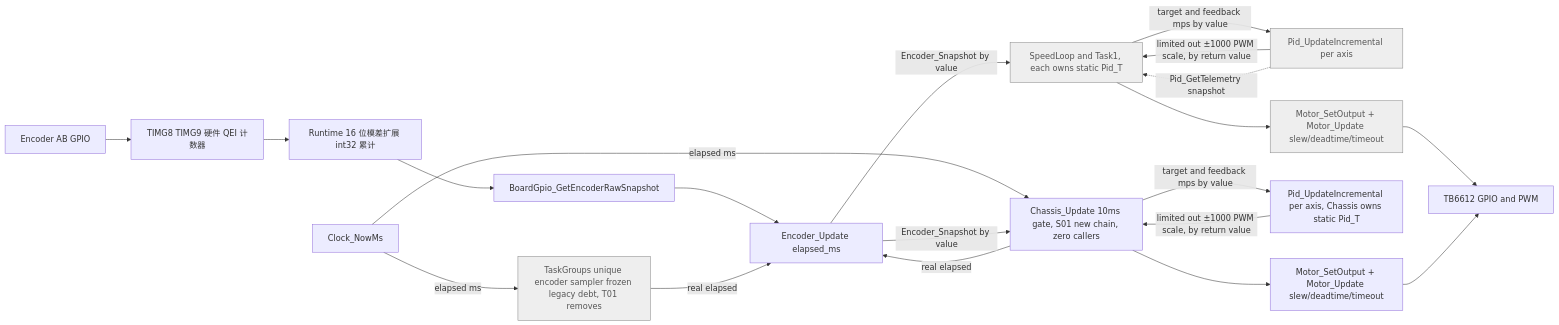
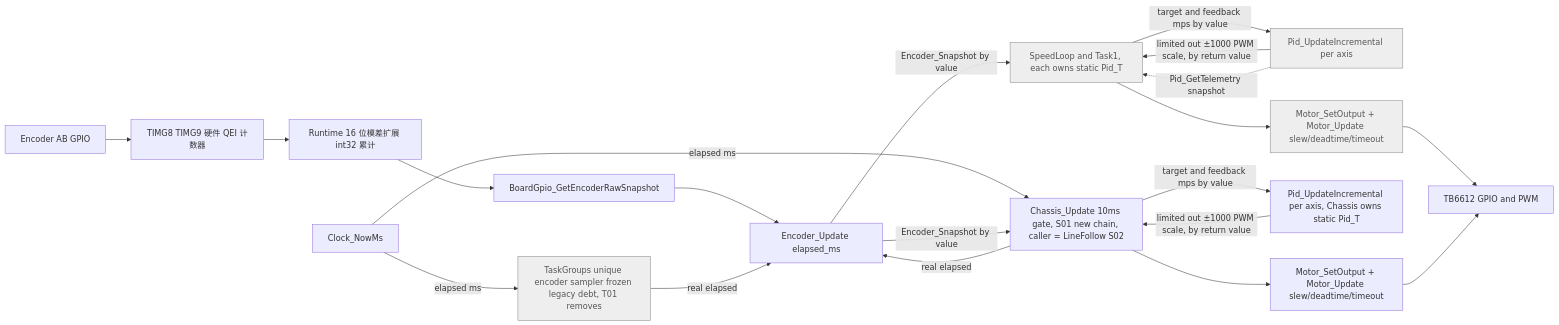
Before and after one commit to AigisYangyan/2026_NUEDC: the first of 4 diagrams in agent/api_architecture_topology.md, drawn with Mermaid. The commit also changed other lines of this file and 2 other files, not shown here.

First line of the commit message:
docs: S02 收官 —— 计划表置 DONE(Q5 关闭) + 拓扑登记 LineFollow/LostLine API 与多环级联链

````diff
--- a/agent/api_architecture_topology.md
+++ b/agent/api_architecture_topology.md
@@ -31,28 +31,28 @@
 ```mermaid
 flowchart LR
   EncGPIO[Encoder AB GPIO] --> QEI[TIMG8 TIMG9 硬件 QEI 计数器]
   QEI --> RawCount[Runtime 16 位模差扩展 int32 累计]
   RawCount --> BoardGpio[BoardGpio_GetEncoderRawSnapshot]
   BoardGpio --> Encoder[Encoder_Update elapsed_ms]
 
   Clock[Clock_NowMs] -->|elapsed ms| SampleOwnerOld[TaskGroups unique encoder sampler frozen legacy debt, T01 removes]
   SampleOwnerOld -->|real elapsed| Encoder
   Encoder -->|Encoder_Snapshot by value| ConsumersOld[SpeedLoop and Task1, each owns static Pid_T]
   ConsumersOld -->|target and feedback mps by value| PIDOld[Pid_UpdateIncremental per axis]
   PIDOld -->|limited out ±1000 PWM scale, by return value| ConsumersOld
   PIDOld -.->|Pid_GetTelemetry snapshot| ConsumersOld
   ConsumersOld --> MotorSetOld[Motor_SetOutput + Motor_Update slew/deadtime/timeout]
 
-  Clock -->|elapsed ms| Chassis[Chassis_Update 10ms gate, S01 new chain, zero callers]
+  Clock -->|elapsed ms| Chassis[Chassis_Update 10ms gate, S01 new chain, caller = LineFollow S02]
   Chassis -->|real elapsed| Encoder
   Encoder -->|Encoder_Snapshot by value| Chassis
   Chassis -->|target and feedback mps by value| PIDNew[Pid_UpdateIncremental per axis, Chassis owns static Pid_T]
   PIDNew -->|limited out ±1000 PWM scale, by return value| Chassis
   Chassis --> MotorSetNew[Motor_SetOutput + Motor_Update slew/deadtime/timeout]
 
   MotorSetOld --> TB6612[TB6612 GPIO and PWM]
   MotorSetNew --> TB6612
 
   classDef frozen fill:#eeeeee,stroke:#888888,color:#555555
   class SampleOwnerOld,ConsumersOld,PIDOld,MotorSetOld frozen
 ```
````
